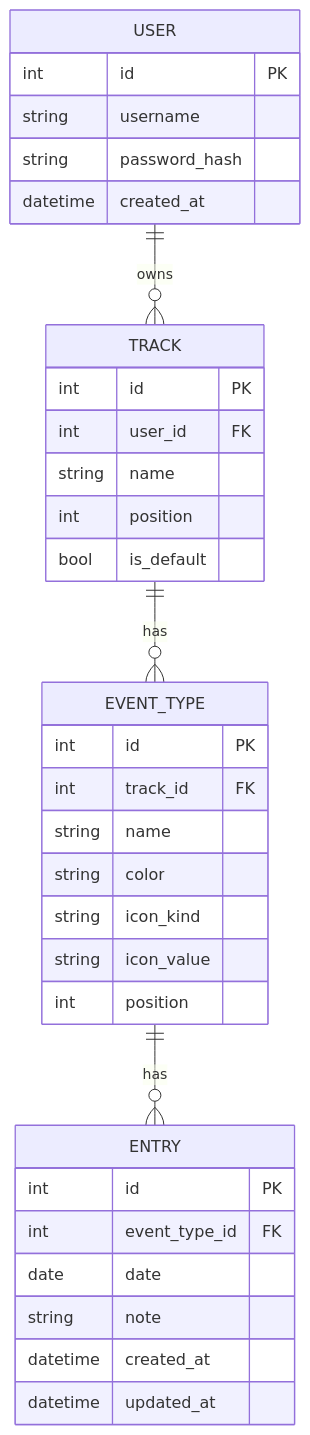
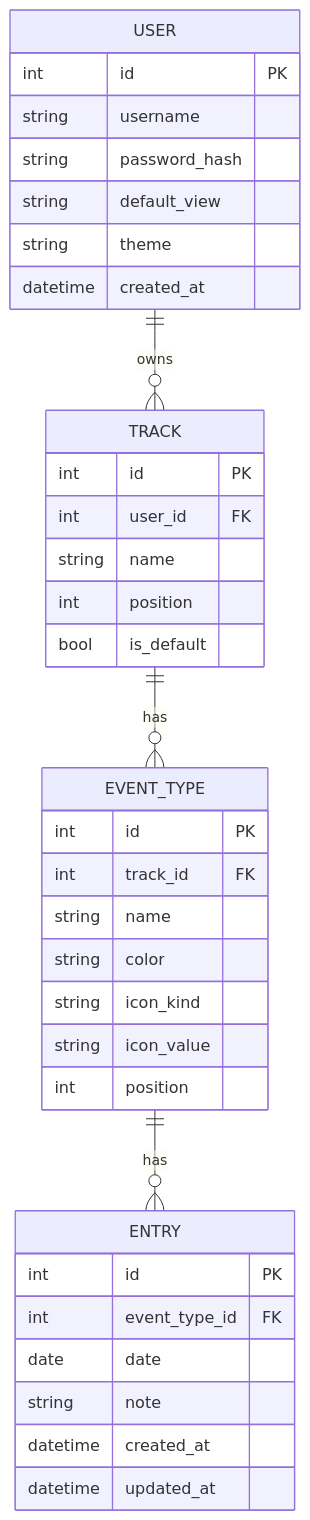
The second of 3 diagrams in docs/ARCHITECTURE.md (pernastefano/trakko), drawn with Mermaid before and after one commit. The commit also changed other lines of this file and 30 other files, not shown here.

First line of the commit message:
Add app version, default calendar view and per-account theme

````diff
--- a/docs/ARCHITECTURE.md
+++ b/docs/ARCHITECTURE.md
@@ -42,37 +43,39 @@
 ```mermaid
 erDiagram
     USER ||--o{ TRACK : owns
     TRACK ||--o{ EVENT_TYPE : has
     EVENT_TYPE ||--o{ ENTRY : has
 
     USER {
         int id PK
         string username
         string password_hash
+        string default_view
+        string theme
         datetime created_at
     }
     TRACK {
         int id PK
         int user_id FK
         string name
         int position
         bool is_default
     }
     EVENT_TYPE {
         int id PK
         int track_id FK
         string name
         string color
         string icon_kind
         string icon_value
         int position
     }
     ENTRY {
         int id PK
         int event_type_id FK
         date date
         string note
         datetime created_at
         datetime updated_at
     }
 ```
````
